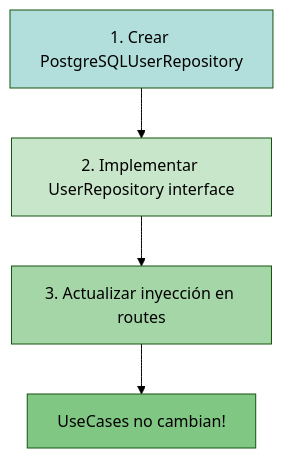
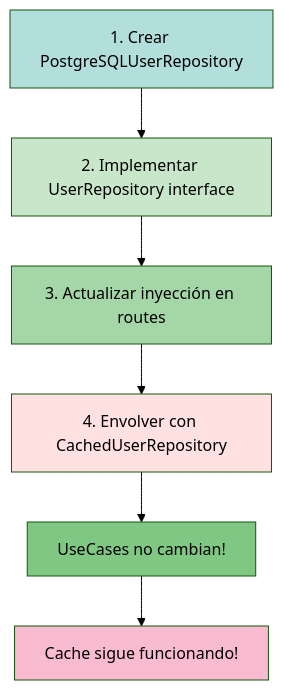
One commit to maximopeoficiales/node-ts-mysql-debug-template changed diagram 13 of 15 in ARCHITECTURE.md. Above: the diagram before and after it, drawn with Mermaid (forest theme). The commit also changed other lines of this file and 19 other files, not shown here.

````diff
--- a/ARCHITECTURE.md
+++ b/ARCHITECTURE.md
@@ -496,11 +824,15 @@
 ```mermaid
 flowchart TD
     A[1. Crear PostgreSQLUserRepository] --> B[2. Implementar UserRepository interface]
     B --> C[3. Actualizar inyección en routes]
-    C --> D[UseCases no cambian!]
+    C --> D[4. Envolver con CachedUserRepository]
+    D --> E[UseCases no cambian!]
+    E --> F[Cache sigue funcionando!]
 
     style A fill:#b2dfdb
     style B fill:#c8e6c9
     style C fill:#a5d6a7
-    style D fill:#81c784
+    style D fill:#ffe1e1
+    style E fill:#81c784
+    style F fill:#f8bbd0
 ```
````
